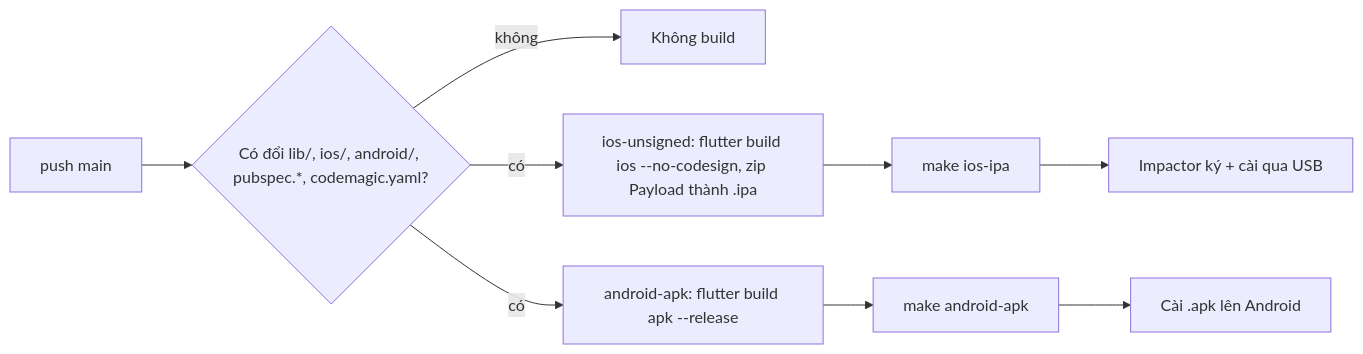
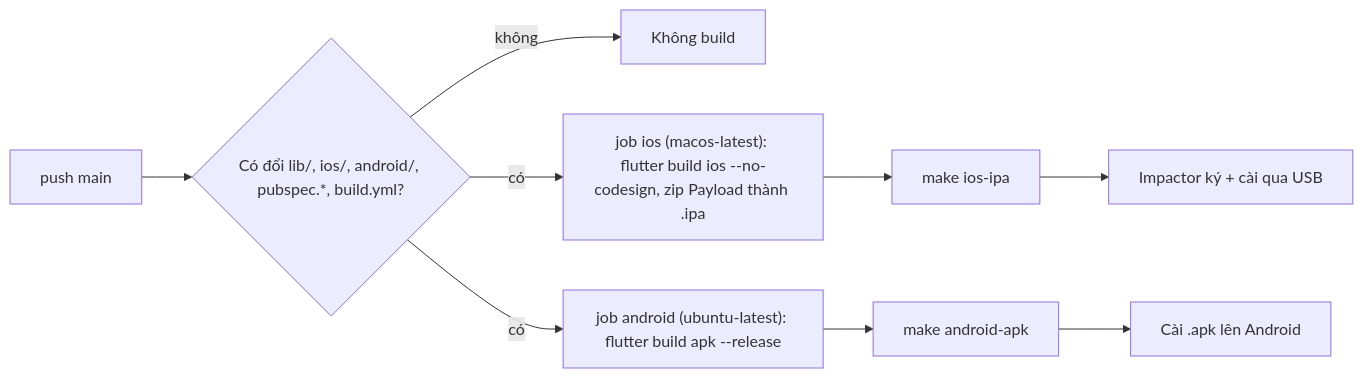
The diagram in docs/deployment_guide.md (mihb123/ttyd-keys), drawn with Mermaid before and after one commit. The commit also changed other lines of this file and 10 other files, not shown here.

First line of the commit message:
Chuyển build từ Codemagic sang GitHub Actions

````diff
--- a/docs/deployment_guide.md
+++ b/docs/deployment_guide.md
@@ -44,11 +41,11 @@
 ```mermaid
 flowchart LR
-    Push["push main"] --> CM{"Có đổi lib/, ios/, android/, pubspec.*, codemagic.yaml?"}
+    Push["push main"] --> CM{"Có đổi lib/, ios/, android/, pubspec.*, build.yml?"}
     CM -->|"không"| Skip["Không build"]
-    CM -->|"có"| IOS["ios-unsigned: flutter build ios --no-codesign, zip Payload thành .ipa"]
-    CM -->|"có"| AND["android-apk: flutter build apk --release"]
+    CM -->|"có"| IOS["job ios (macos-latest): flutter build ios --no-codesign, zip Payload thành .ipa"]
+    CM -->|"có"| AND["job android (ubuntu-latest): flutter build apk --release"]
     IOS --> Pull["make ios-ipa"]
     AND --> PullA["make android-apk"]
     Pull --> Imp["Impactor ký + cài qua USB"]
     PullA --> Phone["Cài .apk lên Android"]
 ```
````
